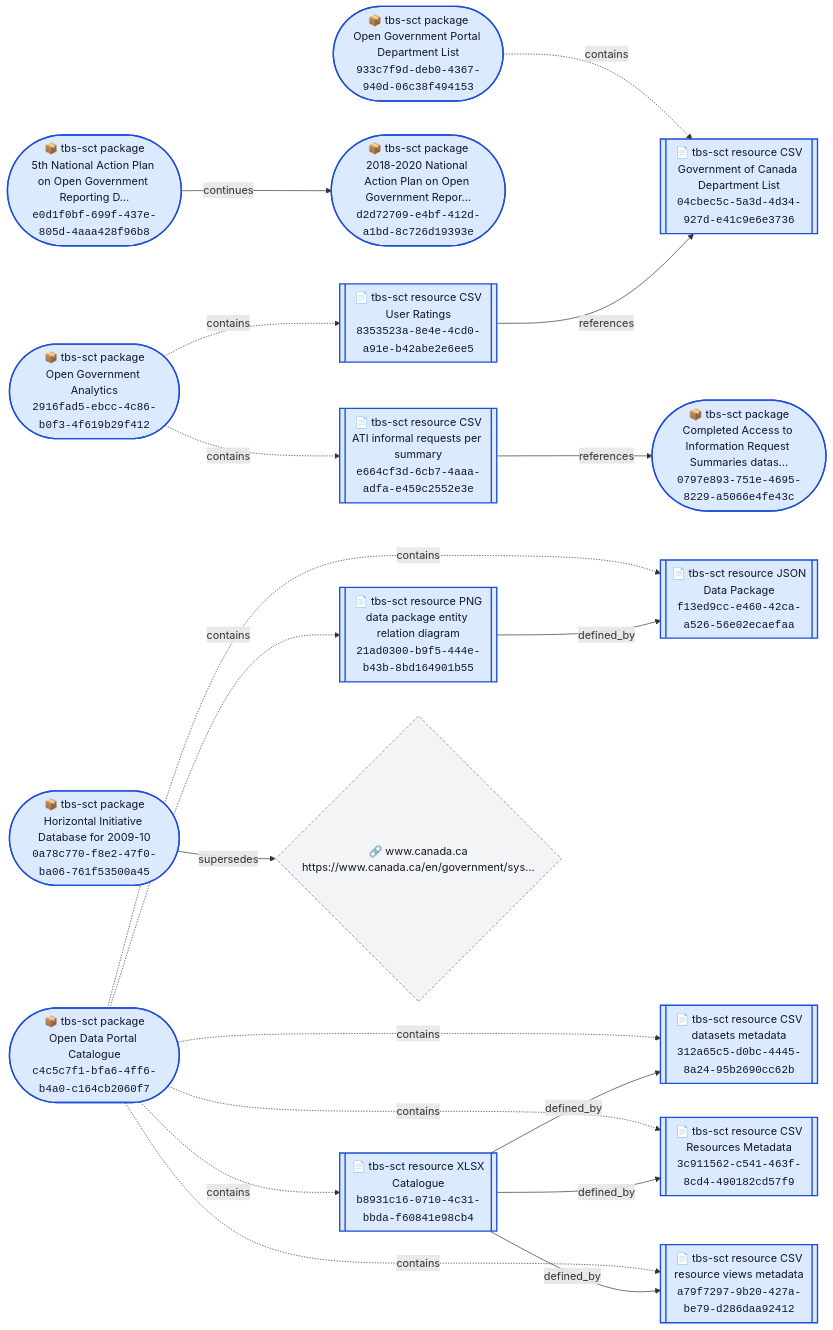
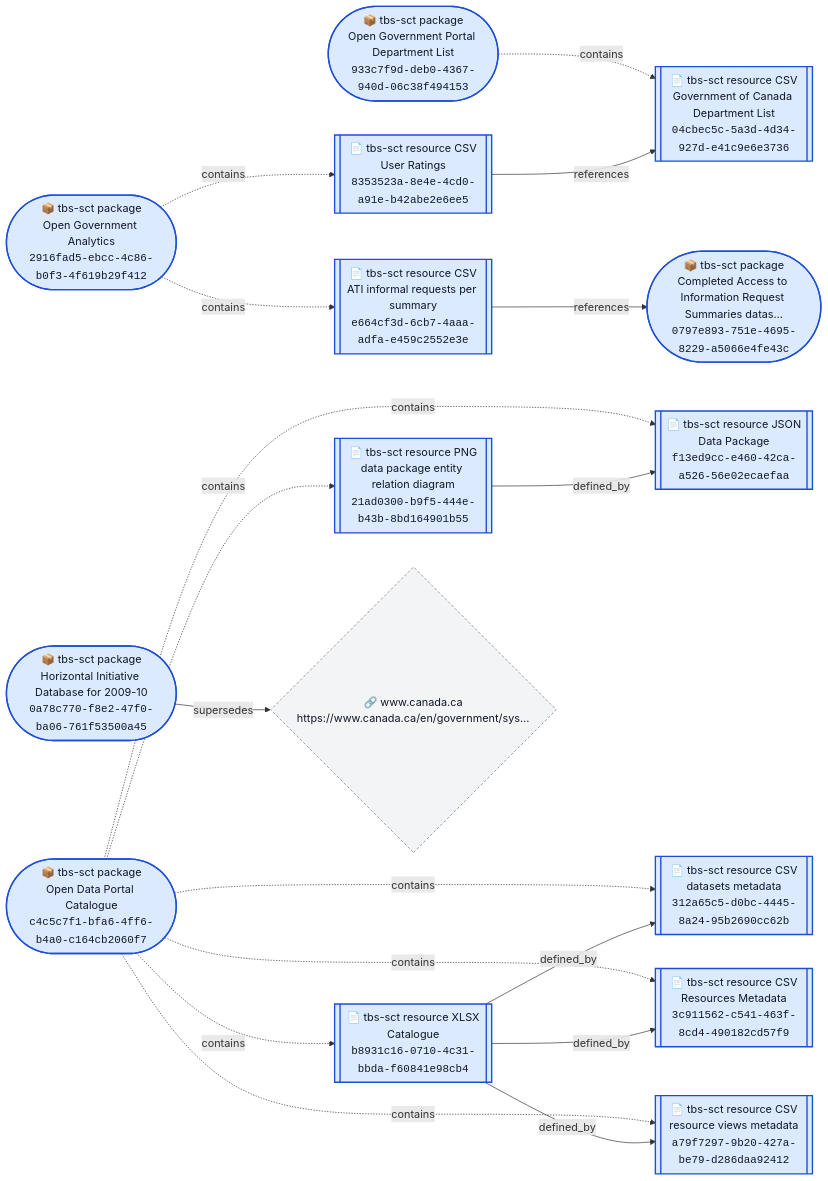
The diagram in DATA_RELS_NETWORK_RPT/charts/tbs-sct.md (open-data/analytics-corporate-reporting), drawn with Mermaid before and after one commit. The commit also changed 14 other files, not shown here.

````diff
--- a/DATA_RELS_NETWORK_RPT/charts/tbs-sct.md
+++ b/DATA_RELS_NETWORK_RPT/charts/tbs-sct.md
@@ -3,57 +3,52 @@
 ```mermaid
 flowchart LR
   N1(["📦 tbs-sct package<br/>Completed Access to Information Request Summaries datas…<br/><code>0797e893-751e-4695-8229-a5066e4fe43c</code>"])
   N2(["📦 tbs-sct package<br/>Horizontal Initiative Database for 2009-10<br/><code>0a78c770-f8e2-47f0-ba06-761f53500a45</code>"])
   N3(["📦 tbs-sct package<br/>Open Government Analytics<br/><code>2916fad5-ebcc-4c86-b0f3-4f619b29f412</code>"])
   N4(["📦 tbs-sct package<br/>Open Government Portal Department List<br/><code>933c7f9d-deb0-4367-940d-06c38f494153</code>"])
   N5(["📦 tbs-sct package<br/>Open Data Portal Catalogue<br/><code>c4c5c7f1-bfa6-4ff6-b4a0-c164cb2060f7</code>"])
-  N6(["📦 tbs-sct package<br/>2018-2020 National Action Plan on Open Government Repor…<br/><code>d2d72709-e4bf-412d-a1bd-8c726d19393e</code>"])
-  N7(["📦 tbs-sct package<br/>5th National Action Plan on Open Government Reporting D…<br/><code>e0d1f0bf-699f-437e-805d-4aaa428f96b8</code>"])
-  N8[["📄 tbs-sct resource CSV<br/>Government of Canada Department List<br/><code>04cbec5c-5a3d-4d34-927d-e41c9e6e3736</code>"]]
-  N9[["📄 tbs-sct resource PNG<br/>data package entity relation diagram<br/><code>21ad0300-b9f5-444e-b43b-8bd164901b55</code>"]]
-  N10[["📄 tbs-sct resource CSV<br/>datasets metadata<br/><code>312a65c5-d0bc-4445-8a24-95b2690cc62b</code>"]]
-  N11[["📄 tbs-sct resource CSV<br/>Resources Metadata<br/><code>3c911562-c541-463f-8cd4-490182cd57f9</code>"]]
-  N12[["📄 tbs-sct resource CSV<br/>User Ratings<br/><code>8353523a-8e4e-4cd0-a91e-b42abe2e6ee5</code>"]]
-  N13[["📄 tbs-sct resource CSV<br/>resource views metadata<br/><code>a79f7297-9b20-427a-be79-d286daa92412</code>"]]
-  N14[["📄 tbs-sct resource XLSX<br/>Catalogue<br/><code>b8931c16-0710-4c31-bbda-f60841e98cb4</code>"]]
-  N15[["📄 tbs-sct resource CSV<br/>ATI informal requests per summary<br/><code>e664cf3d-6cb7-4aaa-adfa-e459c2552e3e</code>"]]
-  N16[["📄 tbs-sct resource JSON<br/>Data Package<br/><code>f13ed9cc-e460-42ca-a526-56e02ecaefaa</code>"]]
-  N17{"🔗 www.canada.ca<br/>https://www.canada.ca/en/government/sys…"}
-  N4 -. contains .-> N8
+  N6[["📄 tbs-sct resource CSV<br/>Government of Canada Department List<br/><code>04cbec5c-5a3d-4d34-927d-e41c9e6e3736</code>"]]
+  N7[["📄 tbs-sct resource PNG<br/>data package entity relation diagram<br/><code>21ad0300-b9f5-444e-b43b-8bd164901b55</code>"]]
+  N8[["📄 tbs-sct resource CSV<br/>datasets metadata<br/><code>312a65c5-d0bc-4445-8a24-95b2690cc62b</code>"]]
+  N9[["📄 tbs-sct resource CSV<br/>Resources Metadata<br/><code>3c911562-c541-463f-8cd4-490182cd57f9</code>"]]
+  N10[["📄 tbs-sct resource CSV<br/>User Ratings<br/><code>8353523a-8e4e-4cd0-a91e-b42abe2e6ee5</code>"]]
+  N11[["📄 tbs-sct resource CSV<br/>resource views metadata<br/><code>a79f7297-9b20-427a-be79-d286daa92412</code>"]]
+  N12[["📄 tbs-sct resource XLSX<br/>Catalogue<br/><code>b8931c16-0710-4c31-bbda-f60841e98cb4</code>"]]
+  N13[["📄 tbs-sct resource CSV<br/>ATI informal requests per summary<br/><code>e664cf3d-6cb7-4aaa-adfa-e459c2552e3e</code>"]]
+  N14[["📄 tbs-sct resource JSON<br/>Data Package<br/><code>f13ed9cc-e460-42ca-a526-56e02ecaefaa</code>"]]
+  N15{"🔗 www.canada.ca<br/>https://www.canada.ca/en/government/sys…"}
+  N4 -. contains .-> N6
+  N5 -. contains .-> N7
+  N5 -. contains .-> N8
   N5 -. contains .-> N9
-  N5 -. contains .-> N10
+  N3 -. contains .-> N10
   N5 -. contains .-> N11
-  N3 -. contains .-> N12
-  N5 -. contains .-> N13
+  N5 -. contains .-> N12
+  N3 -. contains .-> N13
   N5 -. contains .-> N14
-  N3 -. contains .-> N15
-  N5 -. contains .-> N16
-  N2 -- "supersedes" --> N17
-  N7 -- "continues" --> N6
-  N9 -- "defined_by" --> N16
-  N12 -- "references" --> N8
-  N14 -- "defined_by" --> N10
-  N14 -- "defined_by" --> N11
-  N14 -- "defined_by" --> N13
-  N15 -- "references" --> N1
+  N2 -- "supersedes" --> N15
+  N7 -- "defined_by" --> N14
+  N10 -- "references" --> N6
+  N12 -- "defined_by" --> N8
+  N12 -- "defined_by" --> N9
+  N12 -- "defined_by" --> N11
+  N13 -- "references" --> N1
   class N1 seed
   class N2 seed
   class N3 seed
   class N4 seed
   class N5 seed
   class N6 seed
   class N7 seed
   class N8 seed
   class N9 seed
   class N10 seed
   class N11 seed
   class N12 seed
   class N13 seed
   class N14 seed
-  class N15 seed
-  class N16 seed
-  class N17 url
+  class N15 url
   classDef seed fill:#dbeafe,stroke:#1d4ed8,stroke-width:2px,color:#111827
   classDef other fill:#ecfccb,stroke:#4d7c0f,stroke-width:1px,color:#111827
   classDef url fill:#f3f4f6,stroke:#6b7280,stroke-dasharray: 4 3,color:#111827
 ```
````
